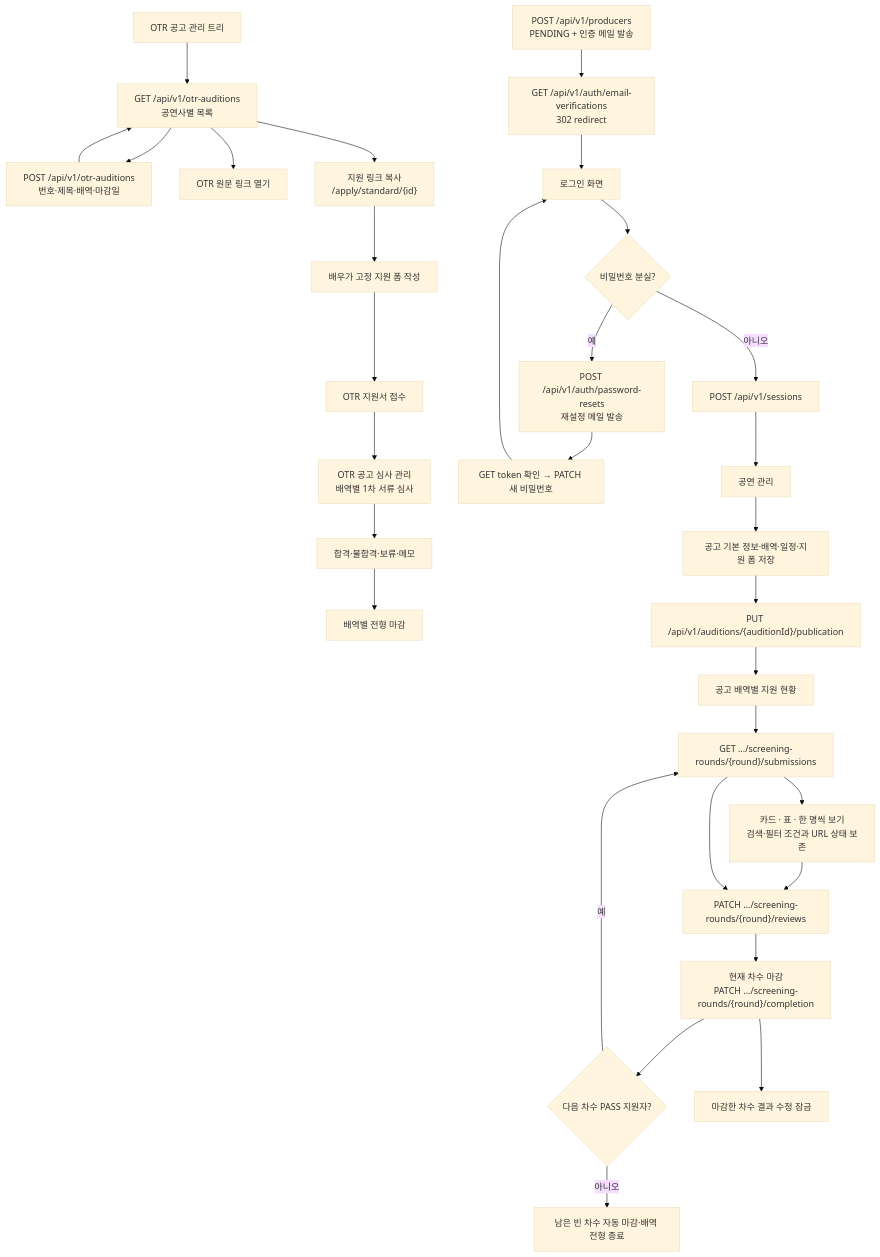
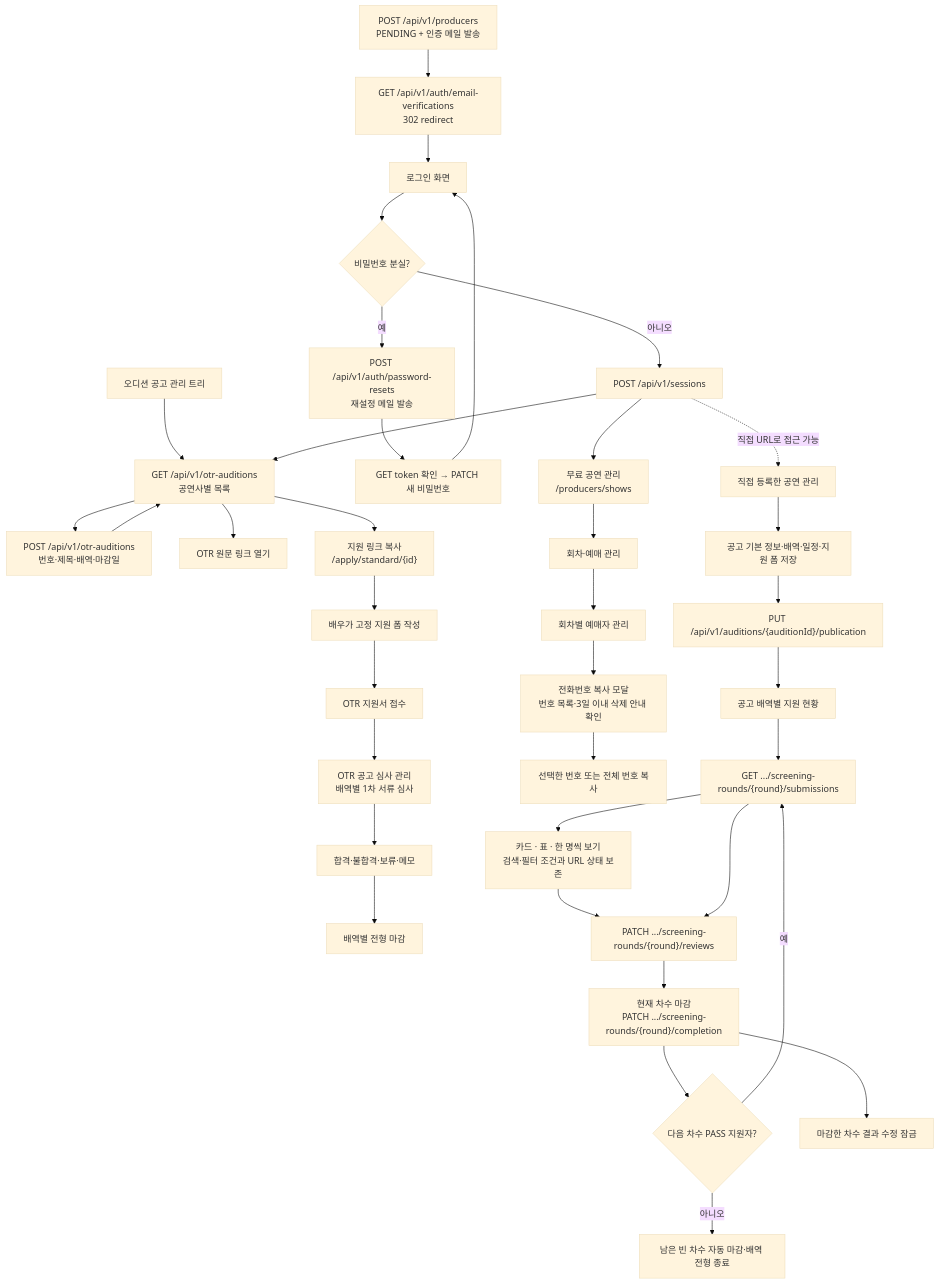
The diagram in frontend/docs/user-flows/producer.mmd (woowacourse-teams/2026-yesulin), drawn with Mermaid (base theme) before and after one commit. The commit also changed 136 other files, not shown here.

```diff
--- a/frontend/docs/user-flows/producer.mmd
+++ b/frontend/docs/user-flows/producer.mmd
@@ -1,31 +1,37 @@
 flowchart TD
-    OTR_TREE["OTR 공고 관리 트리"] --> OTR_LIST["GET /api/v1/otr-auditions<br>공연사별 목록"]
+    OTR_TREE["오디션 공고 관리 트리"] --> OTR_LIST["GET /api/v1/otr-auditions<br>공연사별 목록"]
     OTR_LIST --> OTR_CREATE["POST /api/v1/otr-auditions<br>번호·제목·배역·마감일"]
     OTR_CREATE --> OTR_LIST
     OTR_LIST --> OTR_SOURCE["OTR 원문 링크 열기"]
     OTR_LIST --> OTR_APPLY["지원 링크 복사<br>/apply/standard/{id}"]
     OTR_APPLY --> OTR_FORM["배우가 고정 지원 폼 작성"]
     OTR_FORM --> OTR_SUBMIT["OTR 지원서 접수"]
     OTR_SUBMIT --> OTR_SCREEN["OTR 공고 심사 관리<br>배역별 1차 서류 심사"]
     OTR_SCREEN --> OTR_DECIDE["합격·불합격·보류·메모"]
     OTR_DECIDE --> OTR_CLOSE["배역별 전형 마감"]
     SIGNUP["POST /api/v1/producers<br>PENDING + 인증 메일 발송"] --> VERIFY["GET /api/v1/auth/email-verifications<br>302 redirect"]
     VERIFY --> LOGIN_FORM["로그인 화면"]
     LOGIN_FORM --> FORGOT{"비밀번호 분실?"}
     FORGOT -- 예 --> RESET_MAIL["POST /api/v1/auth/password-resets<br>재설정 메일 발송"]
     RESET_MAIL --> RESET["GET token 확인 → PATCH 새 비밀번호"]
     RESET --> LOGIN_FORM
     FORGOT -- 아니오 --> LOGIN["POST /api/v1/sessions"]
-    LOGIN --> PERFORMANCE["공연 관리"]
+    LOGIN --> FREE_SHOW["무료 공연 관리<br>/producers/shows"]
+    LOGIN --> OTR_LIST
+    FREE_SHOW --> FREE_SESSION["회차·예매 관리"]
+    FREE_SESSION --> FREE_RESERVATIONS["회차별 예매자 관리"]
+    FREE_RESERVATIONS --> PHONE_LIST["전화번호 복사 모달<br>번호 목록·3일 이내 삭제 안내 확인"]
+    PHONE_LIST --> PHONE_COPY["선택한 번호 또는 전체 번호 복사"]
+    LOGIN -. "직접 URL로 접근 가능" .-> PERFORMANCE["직접 등록한 공연 관리"]
     PERFORMANCE --> AUDITION["공고 기본 정보·배역·일정·지원 폼 저장"]
     AUDITION --> PUBLISH["PUT /api/v1/auditions/{auditionId}/publication"]
     PUBLISH --> ROLE["공고 배역별 지원 현황"]
     ROLE --> BOARD["GET .../screening-rounds/{round}/submissions"]
     BOARD --> FOCUS["카드 · 표 · 한 명씩 보기\n검색·필터 조건과 URL 상태 보존"]
     FOCUS --> REVIEW
     BOARD --> REVIEW["PATCH .../screening-rounds/{round}/reviews"]
     REVIEW --> COMPLETE["현재 차수 마감<br>PATCH .../screening-rounds/{round}/completion"]
     COMPLETE --> NEXT{"다음 차수 PASS 지원자?"}
     NEXT -- 예 --> BOARD
     NEXT -- 아니오 --> LOCKED["남은 빈 차수 자동 마감·배역 전형 종료"]
     COMPLETE --> CURRENT_LOCKED["마감한 차수 결과 수정 잠금"]
```
